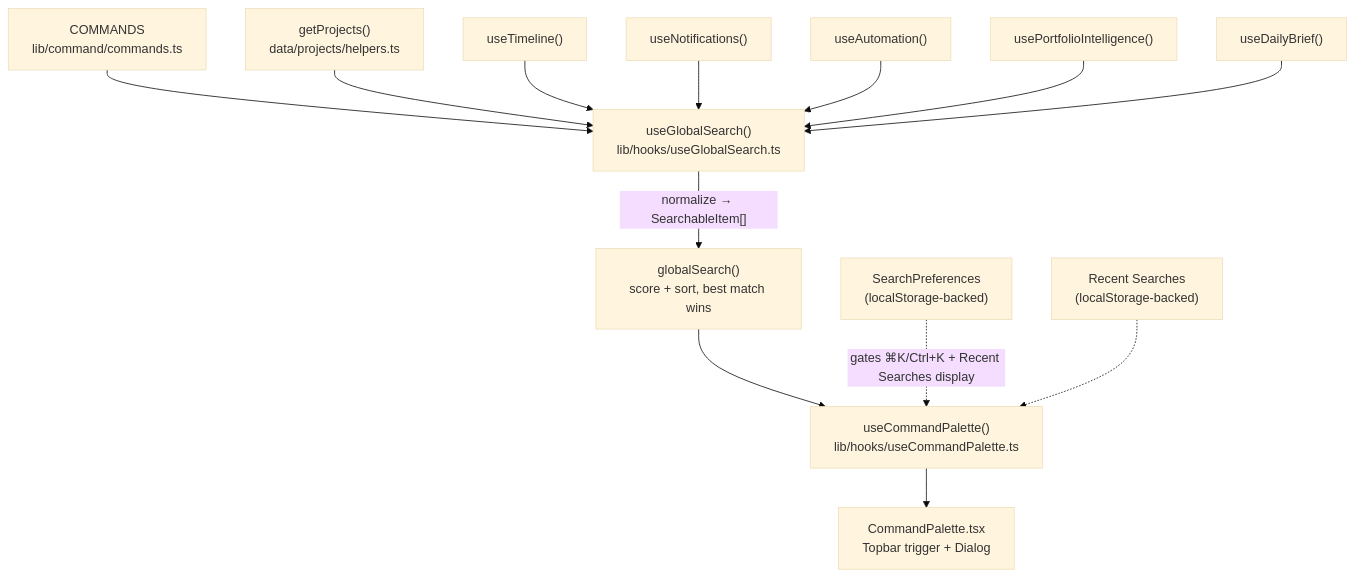
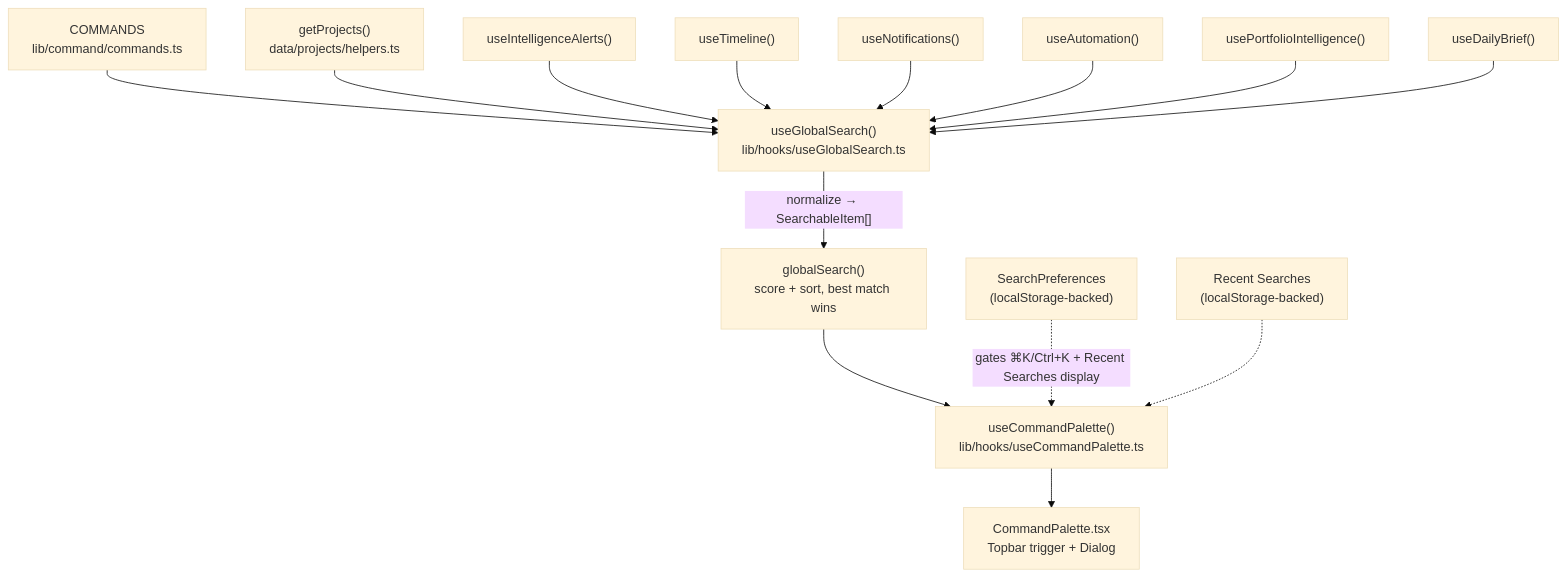
Before and after one commit to 0xBitByByte/base-radar: the ninth of 16 diagrams in docs/ARCHITECTURE.md, drawn with Mermaid (base theme). The commit also changed other lines of this file and 89 other files, not shown here.

````diff
--- a/docs/ARCHITECTURE.md
+++ b/docs/ARCHITECTURE.md
@@ -807,15 +896,16 @@
 ```mermaid
 flowchart TD
     Commands["COMMANDS<br/>lib/command/commands.ts"] --> Search["useGlobalSearch()<br/>lib/hooks/useGlobalSearch.ts"]
     Projects["getProjects()<br/>data/projects/helpers.ts"] --> Search
+    Intelligence["useIntelligenceAlerts()"] --> Search
     Timeline["useTimeline()"] --> Search
     Notifications["useNotifications()"] --> Search
     Automation["useAutomation()"] --> Search
     Portfolio["usePortfolioIntelligence()"] --> Search
     Brief["useDailyBrief()"] --> Search
     Search -->|"normalize → SearchableItem[]"| Score["globalSearch()<br/>score + sort, best match wins"]
     Score --> Palette["useCommandPalette()<br/>lib/hooks/useCommandPalette.ts"]
     RecentPrefs["SearchPreferences<br/>(localStorage-backed)"] -.->|"gates ⌘K/Ctrl+K + Recent Searches display"| Palette
     RecentStorage["Recent Searches<br/>(localStorage-backed)"] -.-> Palette
     Palette --> UI["CommandPalette.tsx<br/>Topbar trigger + Dialog"]
 ```
````
